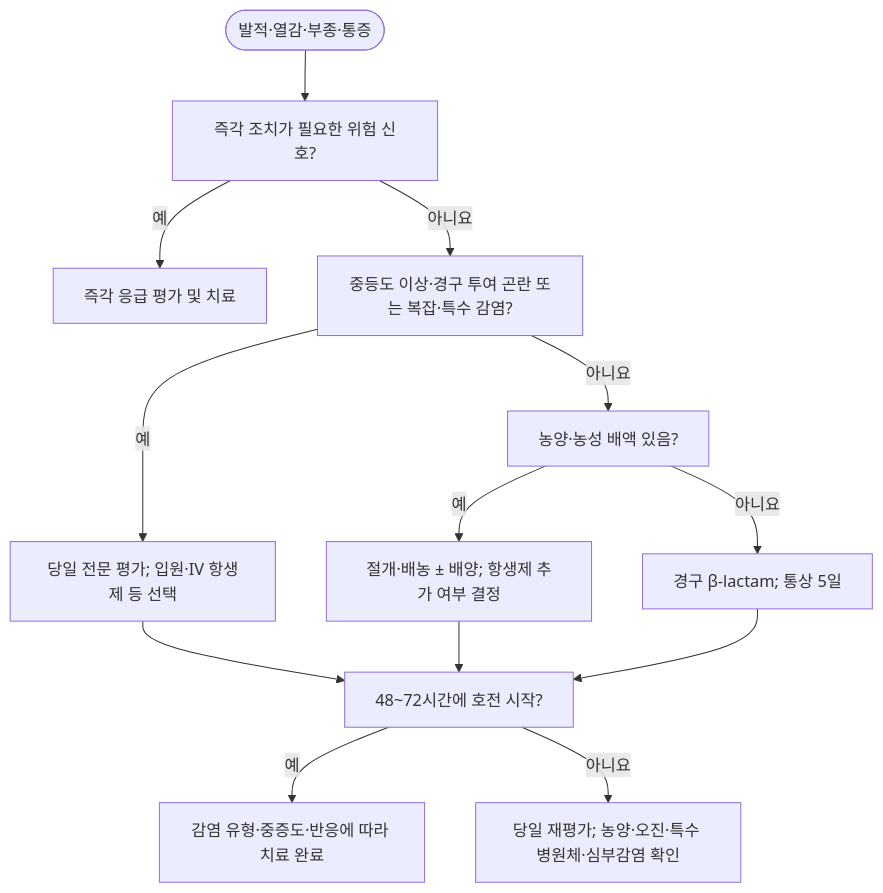
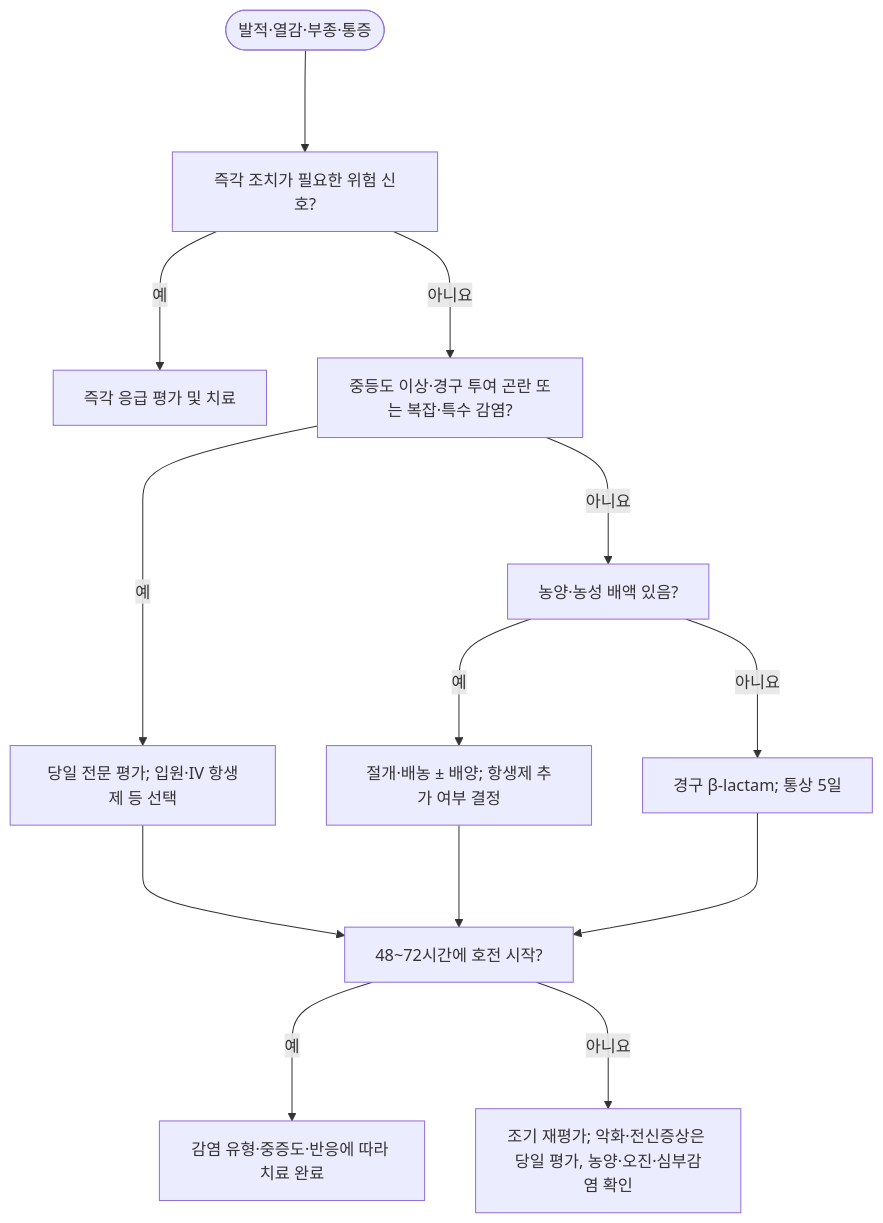
One commit to familyoh77/familyoh77 changed the diagram in 229_/169_-cellulitis.md. Above: the diagram before and after it, drawn with Mermaid. The commit also changed other lines of this file and 16 other files, not shown here.

````diff
--- a/229_/169_-cellulitis.md
+++ b/229_/169_-cellulitis.md
@@ -133,15 +139,15 @@
 ```mermaid
 graph TD
-    Start(["발적·열감·부종·통증"]) --> A["즉각 조치가 필요한 위험 신호?"]
-    A -->|예| B["즉각 응급 평가 및 치료"]
-    A -->|아니요| C["중등도 이상·경구 투여 곤란 또는 복잡·특수 감염?"]
-    C -->|예| D["당일 전문 평가; 입원·IV 항생제 등 선택"]
-    C -->|아니요| E["농양·농성 배액 있음?"]
-    E -->|예| F["절개·배농 ± 배양; 항생제 추가 여부 결정"]
-    E -->|아니요| G["경구 β-lactam; 통상 5일"]
-    D --> H["48~72시간에 호전 시작?"]
-    F --> H
-    G --> H
-    H -->|예| I["감염 유형·중증도·반응에 따라 치료 완료"]
-    H -->|아니요| J["당일 재평가; 농양·오진·특수 병원체·심부감염 확인"]
+    Start(["발적·열감·부종·통증"]) ---> A["즉각 조치가 필요한 위험 신호?"]
+    A --->|예| B["즉각 응급 평가 및 치료"]
+    A --->|아니요| C["중등도 이상·경구 투여 곤란 또는 복잡·특수 감염?"]
+    C --->|예| D["당일 전문 평가; 입원·IV 항생제 등 선택"]
+    C --->|아니요| E["농양·농성 배액 있음?"]
+    E --->|예| F["절개·배농 ± 배양; 항생제 추가 여부 결정"]
+    E --->|아니요| G["경구 β-lactam; 통상 5일"]
+    D ---> H["48~72시간에 호전 시작?"]
+    F ---> H
+    G ---> H
+    H --->|예| I["감염 유형·중증도·반응에 따라 치료 완료"]
+    H --->|아니요| J["조기 재평가; 악화·전신증상은 당일 평가, 농양·오진·심부감염 확인"]
 ```
````
